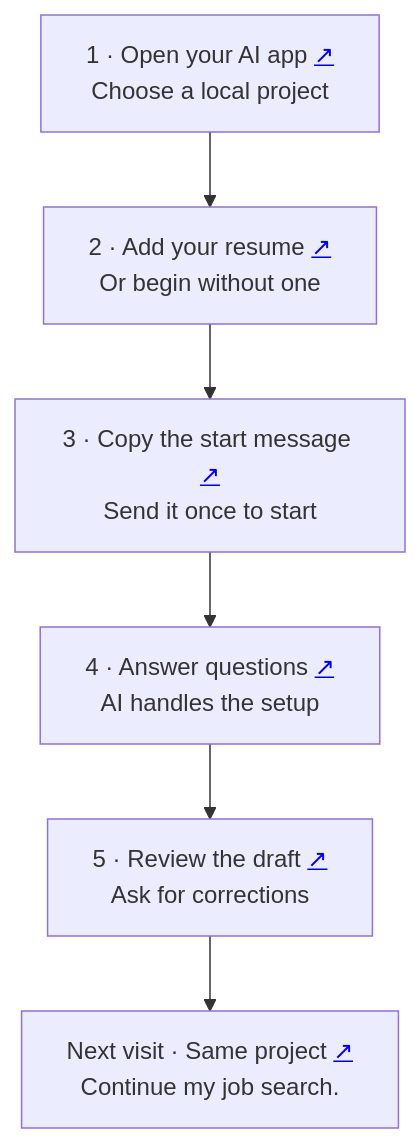
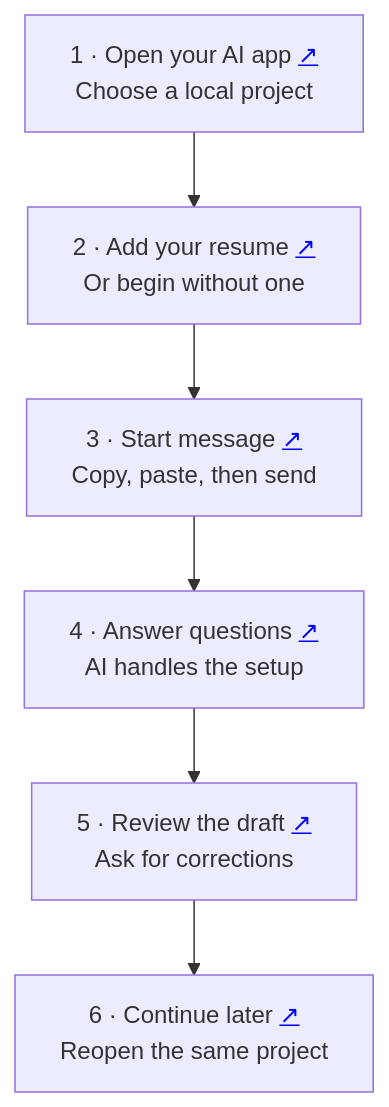
Before and after one commit to toughdave/job-search: the diagram in README.md, drawn with Mermaid.

Commit message:
Prevent clipped flowchart label and number all six steps

````diff
--- a/README.md
+++ b/README.md
@@ -11,10 +11,10 @@
 ```mermaid
 flowchart TD
     A["1 · Open your AI app <a href='https://github.com/toughdave/job-search#1-open-codex-or-claude-code' target='_top'>↗</a><br/>Choose a local project"]
     B["2 · Add your resume <a href='https://github.com/toughdave/job-search#2-add-your-resume-before-sending' target='_top'>↗</a><br/>Or begin without one"]
-    C["3 · Copy the start message <a href='https://github.com/toughdave/job-search#3-copy-the-start-message-then-press-send' target='_top'>↗</a><br/>Send it once to start"]
+    C["3 · Start message <a href='https://github.com/toughdave/job-search#3-copy-the-start-message-then-press-send' target='_top'>↗</a><br/>Copy, paste, then send"]
     D["4 · Answer questions <a href='https://github.com/toughdave/job-search#4-let-the-ai-set-up-then-answer-its-questions' target='_top'>↗</a><br/>AI handles the setup"]
     E["5 · Review the draft <a href='https://github.com/toughdave/job-search#5-review-the-first-useful-result' target='_top'>↗</a><br/>Ask for corrections"]
-    F["Next visit · Same project <a href='https://github.com/toughdave/job-search#coming-back-later' target='_top'>↗</a><br/>Continue my job search."]
+    F["6 · Continue later <a href='https://github.com/toughdave/job-search#coming-back-later' target='_top'>↗</a><br/>Reopen the same project"]
     A --> B --> C --> D --> E --> F
 ```
````
